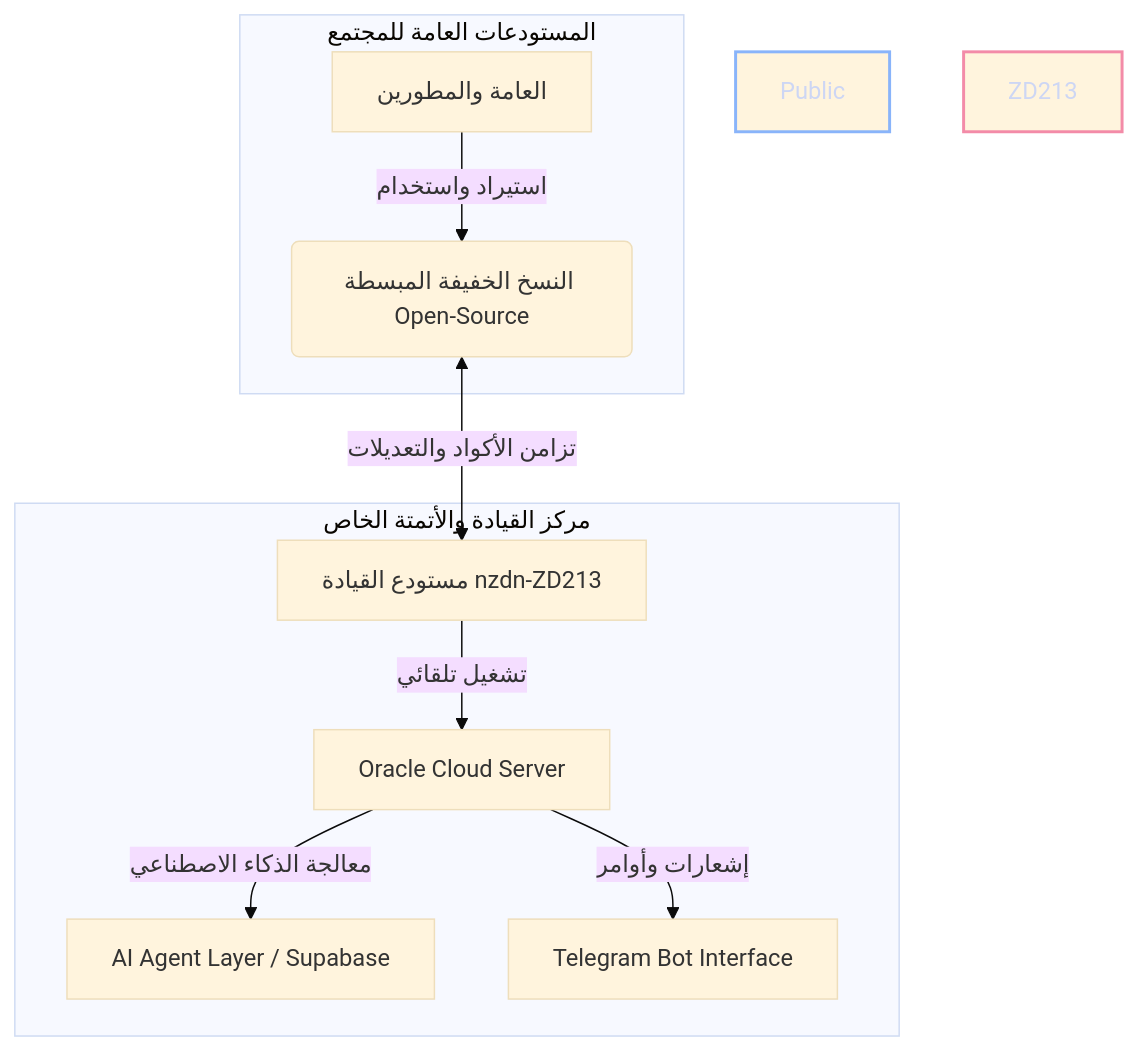
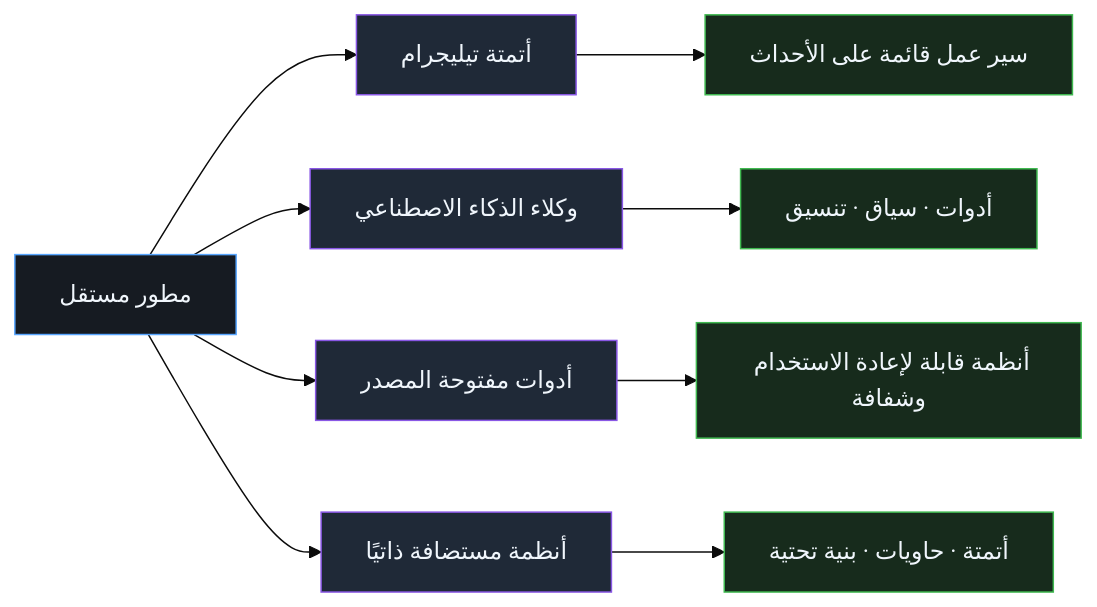
Before and after one commit to walid-zd213/walid-zd213: the diagram in README_AR.md, drawn with Mermaid (base theme). The commit also changed other lines of this file and 1 other file, not shown here.

````diff
--- a/README_AR.md
+++ b/README_AR.md
@@ -40,16 +90,20 @@
 ```mermaid
-graph TD
-    subgraph Public Realm [المستودعات العامة للمجتمع]
-        A[العامة والمطورين] -->|استيراد واستخدام| B(النسخ الخفيفة المبسطة Open-Source)
-    end
+flowchart LR
+    A[مطور مستقل] --> B[أتمتة تيليجرام]
+    A --> C[وكلاء الذكاء الاصطناعي]
+    A --> D[أدوات مفتوحة المصدر]
+    A --> E[أنظمة مستضافة ذاتيًا]
 
-    subgraph ZD213 Core Engine [مركز القيادة والأتمتة الخاص]
-        B <-->|تزامن الأكواد والتعديلات| C[مستودع القيادة nzdn-ZD213]
-        C -->|تشغيل تلقائي| D[Oracle Cloud Server]
-        D -->|معالجة الذكاء الاصطناعي| E[AI Agent Layer / Supabase]
-        D -->|إشعارات وأوامر| F[Telegram Bot Interface]
-    end
+    B --> F[سير عمل قائمة على الأحداث]
+    C --> G[أدوات · سياق · تنسيق]
+    D --> H[أنظمة قابلة لإعادة الاستخدام وشفافة]
+    E --> I[أتمتة · حاويات · بنية تحتية]
 
-    style Public Realm fill:#1e1e2e,stroke:#89b4fa,stroke-width:2px,color:#cdd6f4
-    style ZD213 Core Engine fill:#11111b,stroke:#f38ba8,stroke-width:2px,color:#cdd6f4
+    classDef identity fill:#161b22,stroke:#58a6ff,color:#f0f6fc;
+    classDef focus fill:#1f2937,stroke:#8957e5,color:#f0f6fc;
+    classDef direction fill:#172b1c,stroke:#3fb950,color:#f0f6fc;
+
+    class A identity;
+    class B,C,D,E focus;
+    class F,G,H,I direction;
 ```
````
